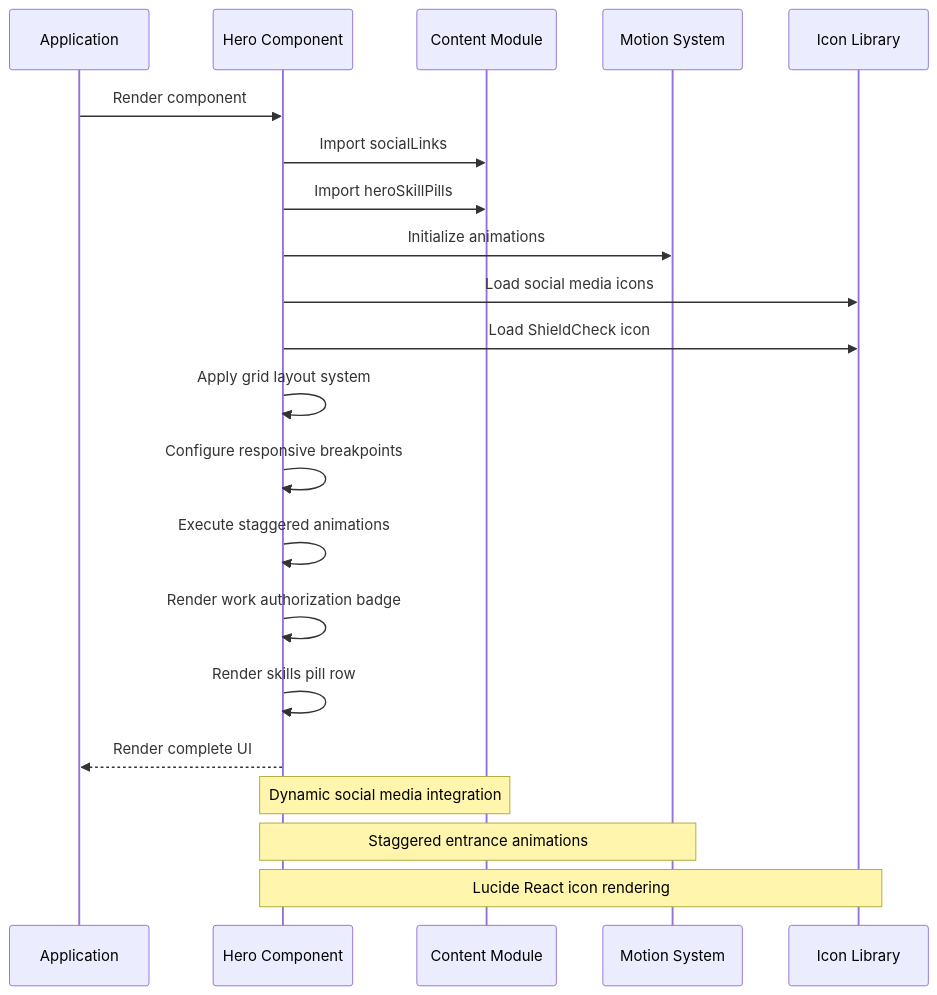
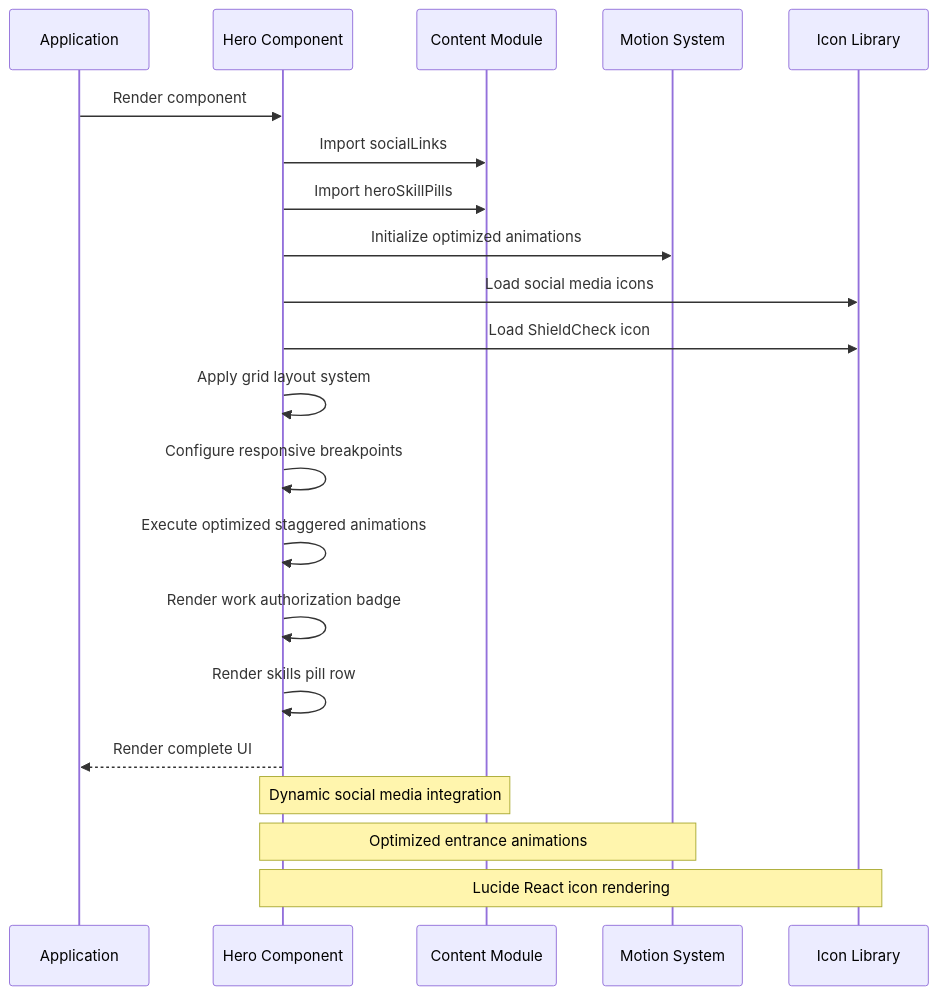
One commit to subash7781/Portfolio changed the second of 6 diagrams in .qoder/repowiki/en/content/Component Library & UI Elements/Hero Component.md. Above: the diagram before and after it, drawn with Mermaid. The commit also changed other lines of this file and 9 other files, not shown here.

````diff
--- a/.qoder/repowiki/en/content/Component Library & UI Elements/Hero Component.md
+++ b/.qoder/repowiki/en/content/Component Library & UI Elements/Hero Component.md
@@ -118,23 +119,23 @@
 ```mermaid
 sequenceDiagram
 participant App as Application
 participant Hero as Hero Component
 participant Content as Content Module
 participant Motion as Motion System
 participant Icons as Icon Library
 App->>Hero : Render component
 Hero->>Content : Import socialLinks
 Hero->>Content : Import heroSkillPills
-Hero->>Motion : Initialize animations
+Hero->>Motion : Initialize optimized animations
 Hero->>Icons : Load social media icons
 Hero->>Icons : Load ShieldCheck icon
 Hero->>Hero : Apply grid layout system
 Hero->>Hero : Configure responsive breakpoints
-Hero->>Hero : Execute staggered animations
+Hero->>Hero : Execute optimized staggered animations
 Hero->>Hero : Render work authorization badge
 Hero->>Hero : Render skills pill row
 Hero-->>App : Render complete UI
 Note over Hero,Content : Dynamic social media integration
-Note over Hero,Motion : Staggered entrance animations
+Note over Hero,Motion : Optimized entrance animations
 Note over Hero,Icons : Lucide React icon rendering
 ```
````
